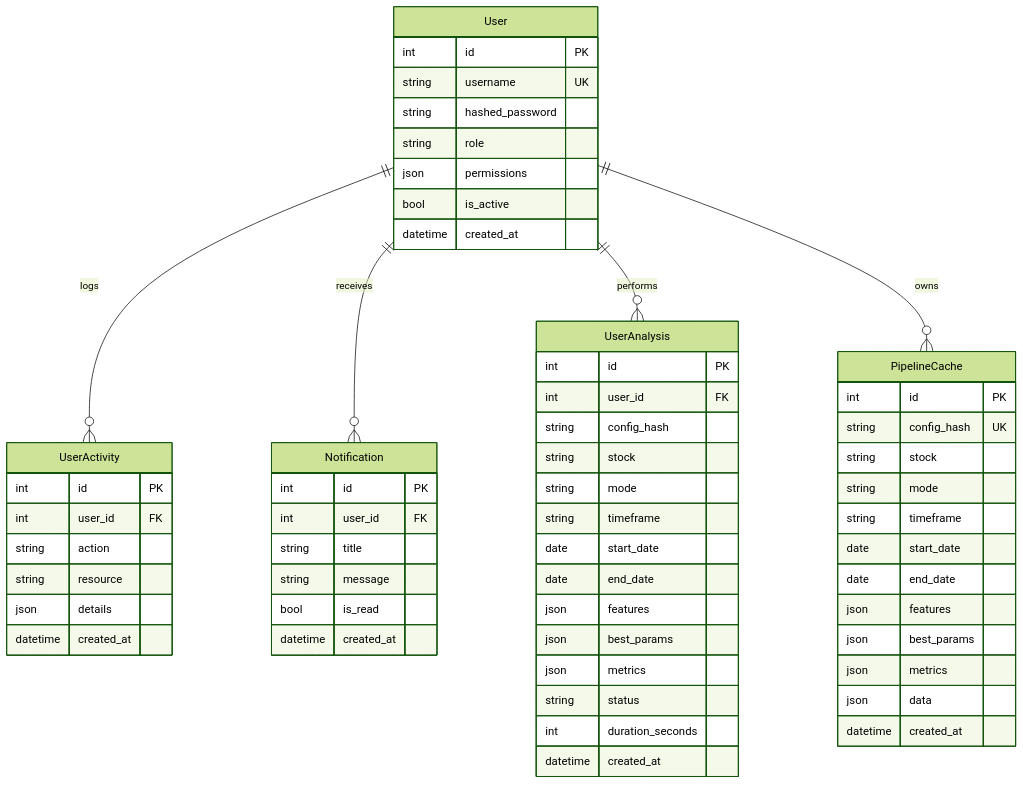
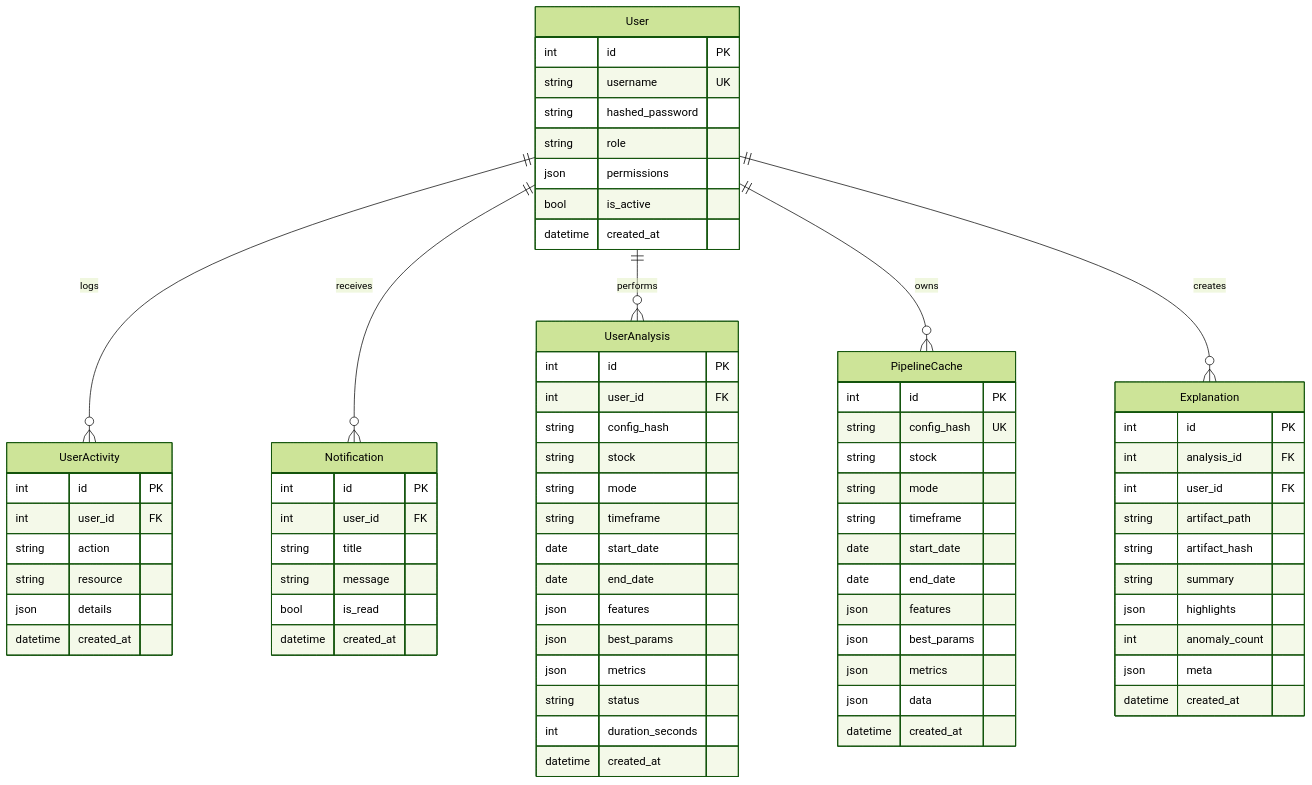
One commit to rey-tan/Anomaly-Detection changed the second of 2 diagrams in AnomalyEngine/ARCHITECTURE.md. Above: the diagram before and after it, drawn with Mermaid (forest theme). The commit also changed other lines of this file and 31 other files, not shown here.

````diff
--- a/AnomalyEngine/ARCHITECTURE.md
+++ b/AnomalyEngine/ARCHITECTURE.md
@@ -311,67 +311,81 @@
 ```mermaid
 erDiagram
     User ||--o{ UserActivity : "logs"
     User ||--o{ Notification : "receives"
     User ||--o{ UserAnalysis : "performs"
     User ||--o{ PipelineCache : "owns"
 
     User {
         int id PK
         string username UK
         string hashed_password
         string role
         json permissions
         bool is_active
         datetime created_at
     }
 
     UserActivity {
         int id PK
         int user_id FK
         string action
         string resource
         json details
         datetime created_at
     }
 
     Notification {
         int id PK
         int user_id FK
         string title
         string message
         bool is_read
         datetime created_at
     }
 
     UserAnalysis {
         int id PK
         int user_id FK
         string config_hash
         string stock
         string mode
         string timeframe
         date start_date
         date end_date
         json features
         json best_params
         json metrics
         string status
         int duration_seconds
         datetime created_at
     }
 
     PipelineCache {
         int id PK
         string config_hash UK
         string stock
         string mode
         string timeframe
         date start_date
         date end_date
         json features
         json best_params
         json metrics
         json data
         datetime created_at
     }
+
+    User ||--o{ Explanation : "creates"
+    Explanation {
+        int id PK
+        int analysis_id FK
+        int user_id FK
+        string artifact_path
+        string artifact_hash
+        string summary
+        json highlights
+        int anomaly_count
+        json meta
+        datetime created_at
+    }
 ```
````
